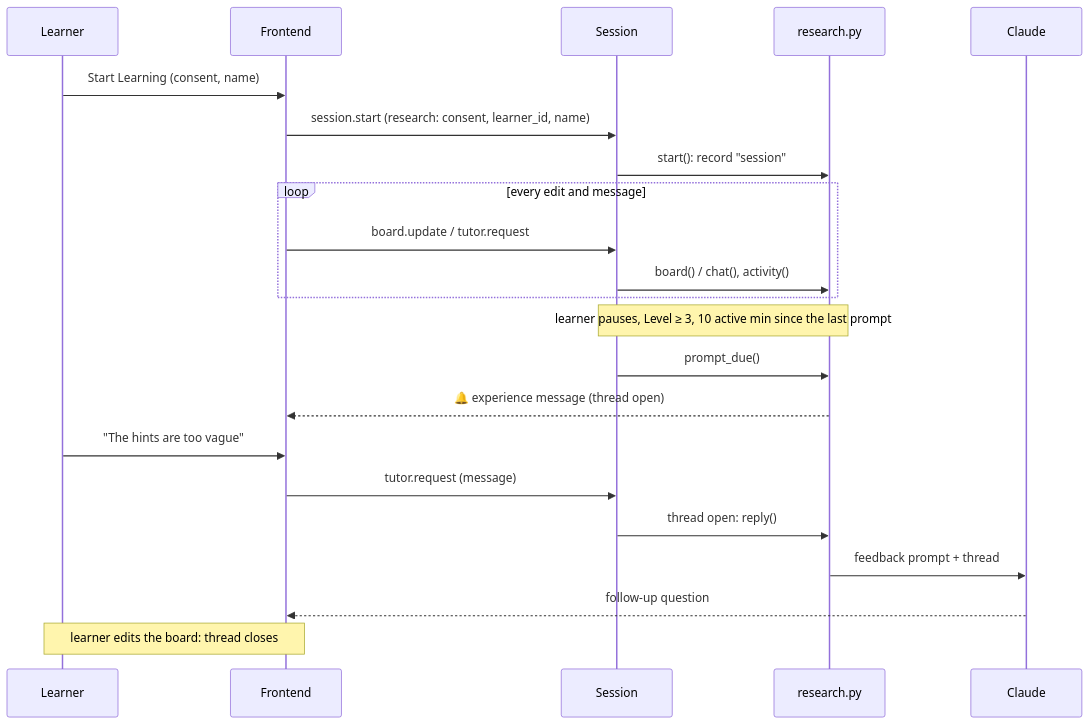
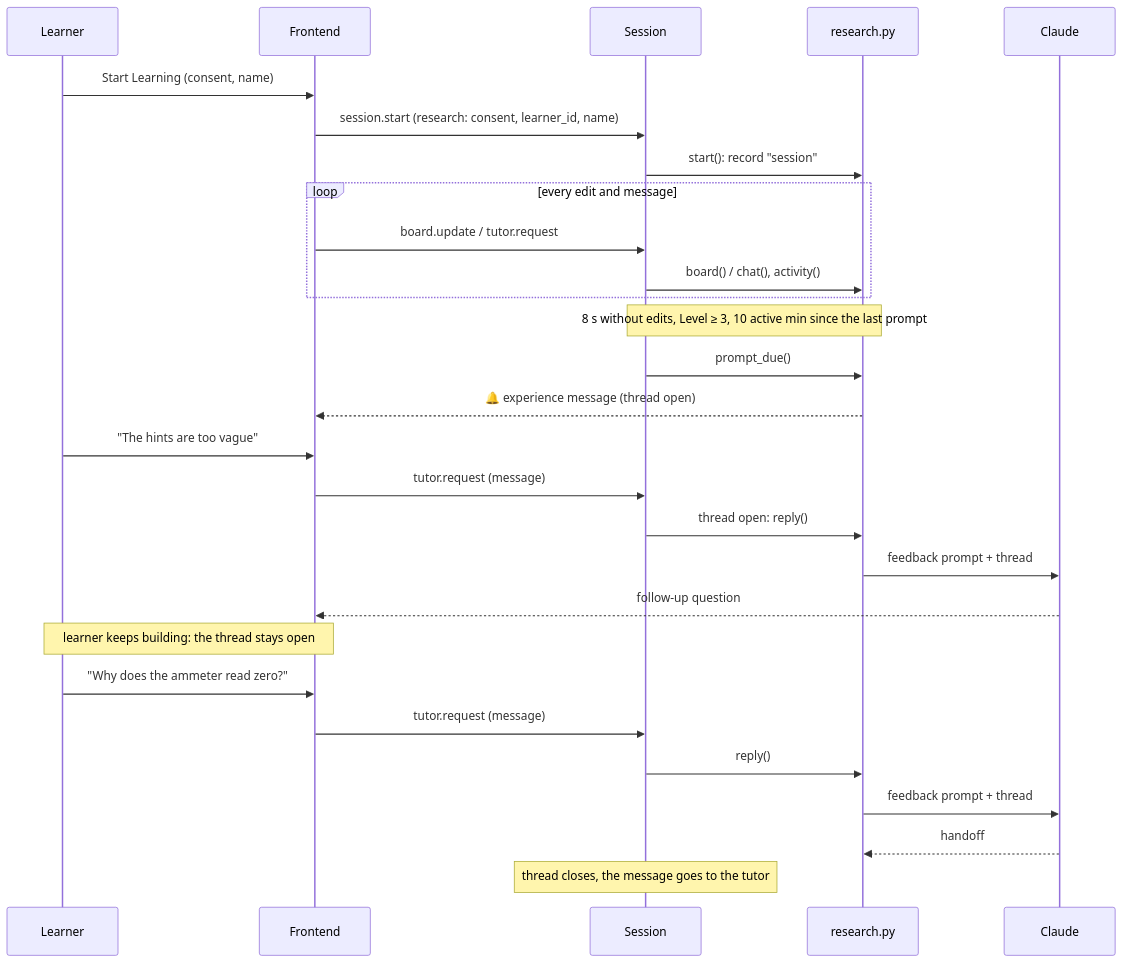
Before and after one commit to VOxFF/schematics-ai-tutor: the fifth of 6 diagrams in docs/design.md, drawn with Mermaid. The commit also changed other lines of this file and 19 other files, not shown here.

````diff
--- a/docs/design.md
+++ b/docs/design.md
@@ -276,25 +277,31 @@
 ```mermaid
 sequenceDiagram
     participant L as Learner
     participant FE as Frontend
     participant S as Session
     participant R as research.py
     participant C as Claude
 
     L->>FE: Start Learning (consent, name)
     FE->>S: session.start (research: consent, learner_id, name)
     S->>R: start(): record "session"
     loop every edit and message
         FE->>S: board.update / tutor.request
         S->>R: board() / chat(), activity()
     end
-    Note over S,R: learner pauses, Level ≥ 3, 10 active min since the last prompt
+    Note over S,R: 8 s without edits, Level ≥ 3, 10 active min since the last prompt
     S->>R: prompt_due()
     R-->>FE: 🔔 experience message (thread open)
     L->>FE: "The hints are too vague"
     FE->>S: tutor.request (message)
     S->>R: thread open: reply()
     R->>C: feedback prompt + thread
     C-->>FE: follow-up question
-    Note over L,FE: learner edits the board: thread closes
+    Note over L,FE: learner keeps building: the thread stays open
+    L->>FE: "Why does the ammeter read zero?"
+    FE->>S: tutor.request (message)
+    S->>R: reply()
+    R->>C: feedback prompt + thread
+    C-->>R: handoff
+    Note over S: thread closes, the message goes to the tutor
 ```
````
